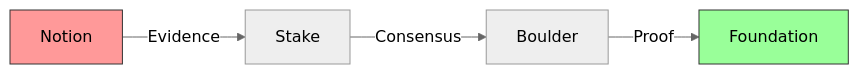
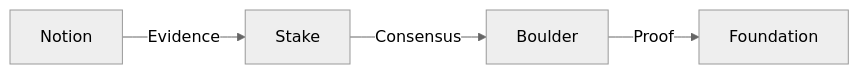
One commit to Synthetic-Identity-Co/conj-talk-2025 changed the sixth of 6 diagrams in presenter.md. Above: the diagram before and after it, drawn with Mermaid (neutral theme). The commit also changed other lines of this file, not shown here.

````diff
--- a/presenter.md
+++ b/presenter.md
@@ -441,9 +454,6 @@
 ```mermaid
 graph LR
     A[Notion] -->|Evidence| B[Stake]
     B -->|Consensus| C[Boulder]
     C -->|Proof| D[Foundation]
-    
-    style A fill:#f99,stroke:#333
-    style D fill:#9f9,stroke:#333
 ```
````
